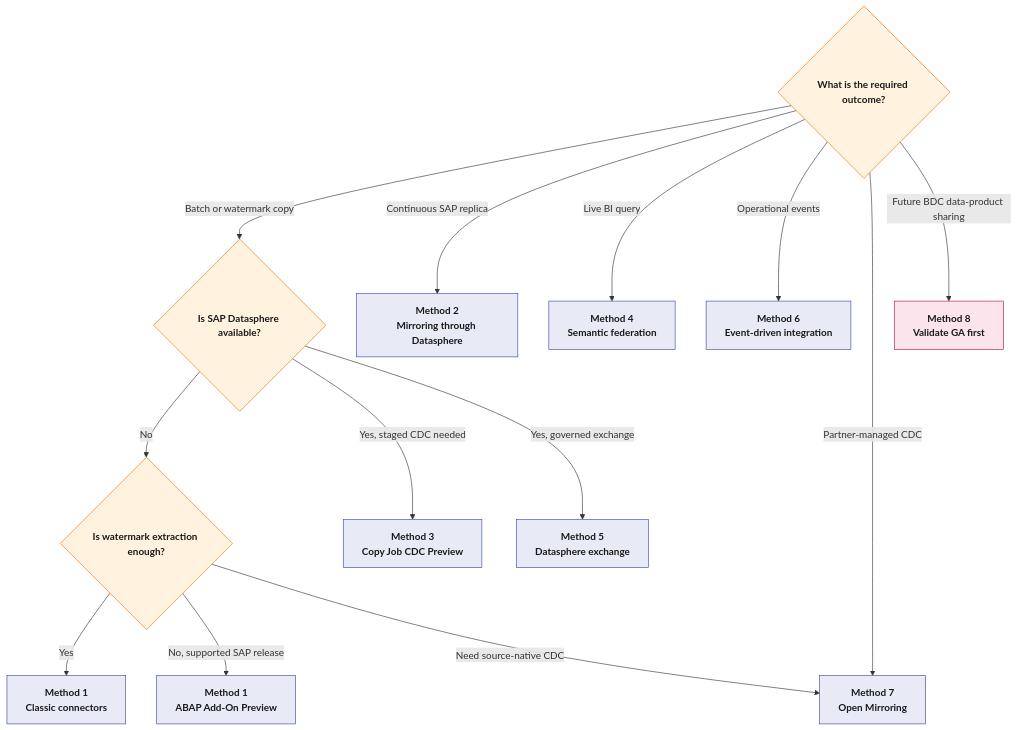
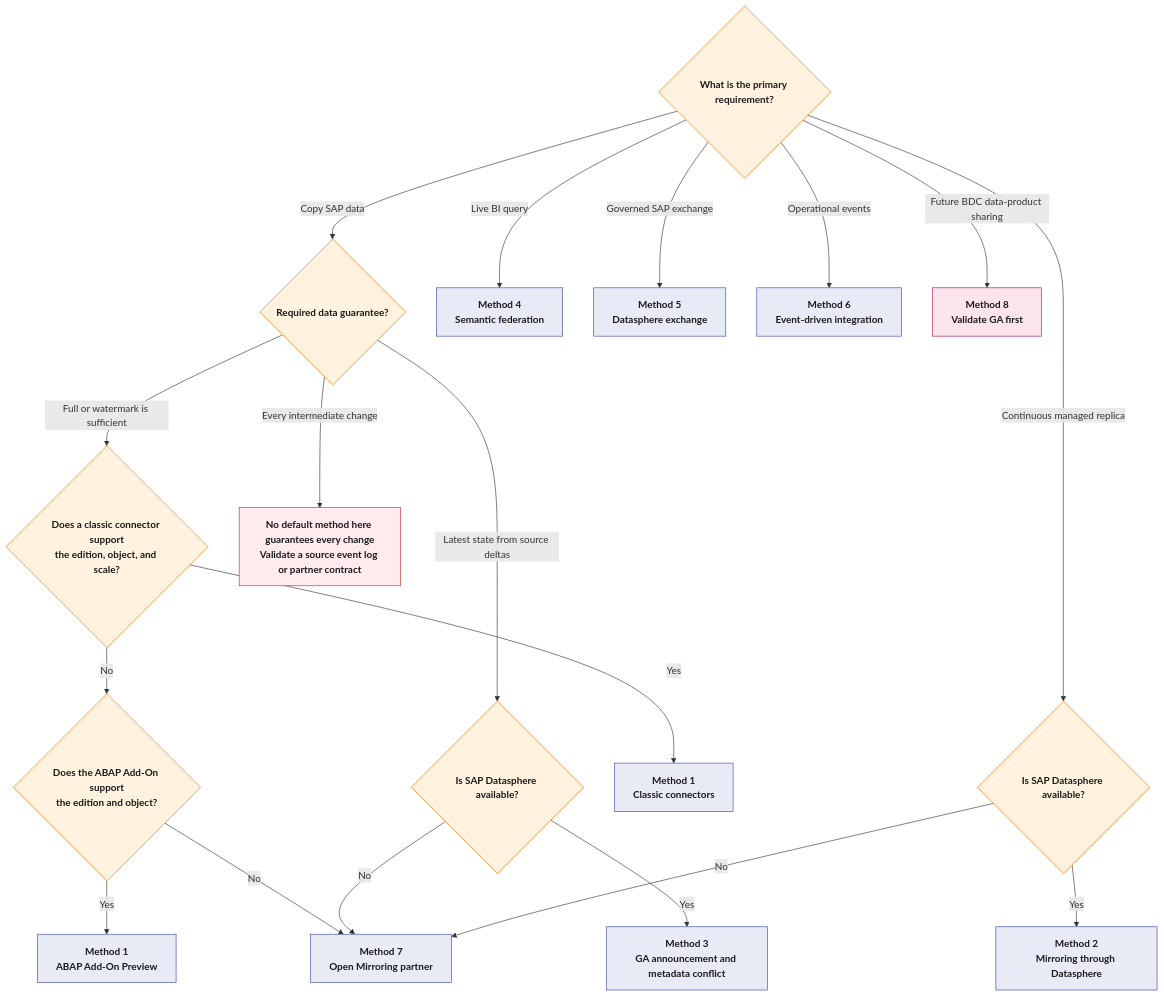
Before and after one commit to fredgis/fabric-foundry-kb: the tenth of 10 diagrams in markdown/SAP_Fabric_Connectivity.md, drawn with Mermaid. The commit also changed other lines of this file and 4 other files, not shown here.

````diff
--- a/markdown/SAP_Fabric_Connectivity.md
+++ b/markdown/SAP_Fabric_Connectivity.md
@@ -896,27 +980,36 @@
 ```mermaid
 flowchart TD
-    START{"What is the required outcome?"}
+    START{"What is the primary requirement?"}
 
-    START -->|"Batch or watermark copy"| HASDS{"Is SAP Datasphere available?"}
-    START -->|"Continuous SAP replica"| MIRROR["Method 2<br/>Mirroring through Datasphere"]
+    START -->|"Copy SAP data"| GUARANTEE{"Required data guarantee?"}
+    START -->|"Continuous managed replica"| MIRRORDS{"Is SAP Datasphere available?"}
     START -->|"Live BI query"| FED["Method 4<br/>Semantic federation"]
+    START -->|"Governed SAP exchange"| DSP["Method 5<br/>Datasphere exchange"]
     START -->|"Operational events"| EVENTS["Method 6<br/>Event-driven integration"]
-    START -->|"Partner-managed CDC"| OPEN["Method 7<br/>Open Mirroring"]
     START -->|"Future BDC data-product sharing"| BDC["Method 8<br/>Validate GA first"]
 
-    HASDS -->|"No"| CLASSIC{"Is watermark extraction enough?"}
-    HASDS -->|"Yes, staged CDC needed"| COPYCDC["Method 3<br/>Copy Job CDC Preview"]
-    HASDS -->|"Yes, governed exchange"| DSP["Method 5<br/>Datasphere exchange"]
+    GUARANTEE -->|"Full or watermark is sufficient"| CLASSIC{"Does a classic connector support<br/>the edition, object, and scale?"}
+    GUARANTEE -->|"Latest state from source deltas"| HASDS{"Is SAP Datasphere available?"}
+    GUARANTEE -->|"Every intermediate change"| EVENTLOG["No default method here guarantees every change<br/>Validate a source event log or partner contract"]
 
     CLASSIC -->|"Yes"| DF["Method 1<br/>Classic connectors"]
-    CLASSIC -->|"No, supported SAP release"| ABAP["Method 1<br/>ABAP Add-On Preview"]
-    CLASSIC -->|"Need source-native CDC"| OPEN
+    CLASSIC -->|"No"| ADDON{"Does the ABAP Add-On support<br/>the edition and object?"}
+    ADDON -->|"Yes"| ABAP["Method 1<br/>ABAP Add-On Preview"]
+    ADDON -->|"No"| OPEN["Method 7<br/>Open Mirroring partner"]
+
+    HASDS -->|"Yes"| COPYCDC["Method 3<br/>GA announcement and metadata conflict"]
+    HASDS -->|"No"| OPEN
+
+    MIRRORDS -->|"Yes"| MIRROR["Method 2<br/>Mirroring through Datasphere"]
+    MIRRORDS -->|"No"| OPEN
 
     classDef decision fill:#FFF3E0,stroke:#EF6C00,color:#1a1a1a,font-weight:bold
     classDef method fill:#E8EAF6,stroke:#3949AB,color:#1a1a1a,font-weight:bold
     classDef planned fill:#FCE4EC,stroke:#AD1457,color:#1a1a1a,font-weight:bold
+    classDef gap fill:#FFEBEE,stroke:#C62828,color:#1a1a1a,font-weight:bold
 
-    class START,HASDS,CLASSIC decision
+    class START,GUARANTEE,CLASSIC,ADDON,HASDS,MIRRORDS decision
     class MIRROR,FED,EVENTS,OPEN,COPYCDC,DSP,DF,ABAP method
     class BDC planned
+    class EVENTLOG gap
 ```
````
